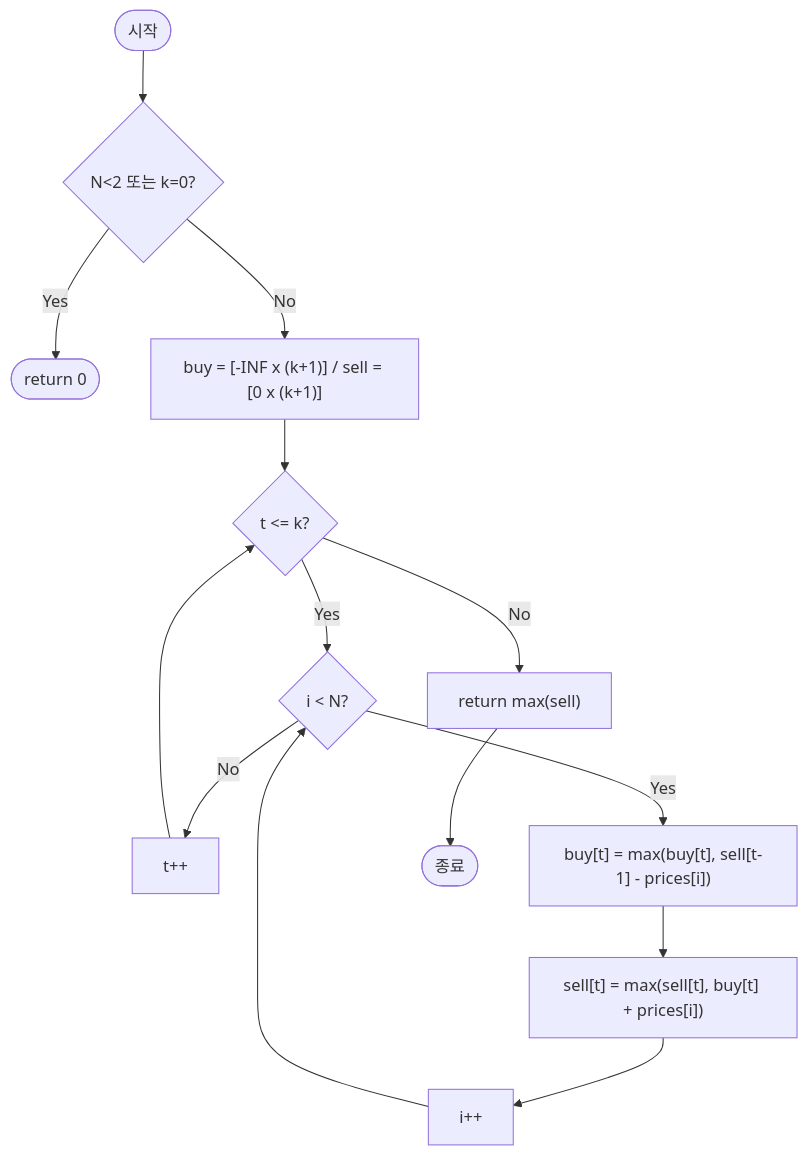
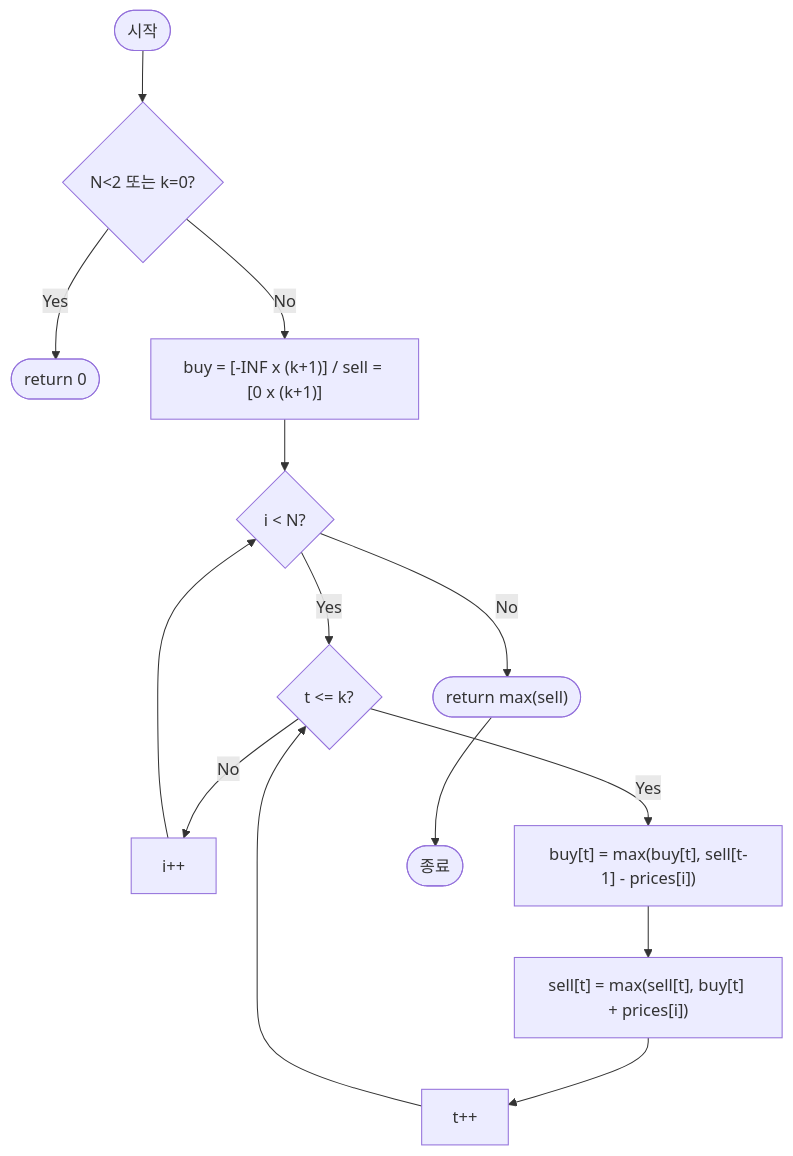
Before and after one commit to centurio1987/grow-up-programming: the diagram in src/algorithms/array/bestTimeToBuyAndSellStockK/bestTimeToBuyAndSellStockK-guide.mdx, drawn with Mermaid. The commit also changed other lines of this file and 51 other files, not shown here.

````diff
--- a/src/algorithms/array/bestTimeToBuyAndSellStockK/bestTimeToBuyAndSellStockK-guide.mdx
+++ b/src/algorithms/array/bestTimeToBuyAndSellStockK/bestTimeToBuyAndSellStockK-guide.mdx
@@ -247,16 +346,16 @@
 ```mermaid
 flowchart TD
-    A([시작]) --> B{N<2 또는 k=0?}
-    B -- Yes --> C([return 0])
+    A([시작]) --> B{"N<2 또는 k=0?"}
+    B -- Yes --> C(["return 0"])
     B -- No --> D["buy = [-INF x (k+1)] / sell = [0 x (k+1)]"]
-    D --> E{t <= k?}
-    E -- No --> K["return max(sell)"]
-    E -- Yes --> F{i < N?}
-    F -- No --> J[t++]
+    D --> E{"i < N?"}
+    E -- No --> K(["return max(sell)"])
+    E -- Yes --> F{"t <= k?"}
+    F -- No --> J["i++"]
     J --> E
     F -- Yes --> G["buy[t] = max(buy[t], sell[t-1] - prices[i])"]
     G --> H["sell[t] = max(sell[t], buy[t] + prices[i])"]
-    H --> I[i++]
+    H --> I["t++"]
     I --> F
     K --> L([종료])
 ```
````
